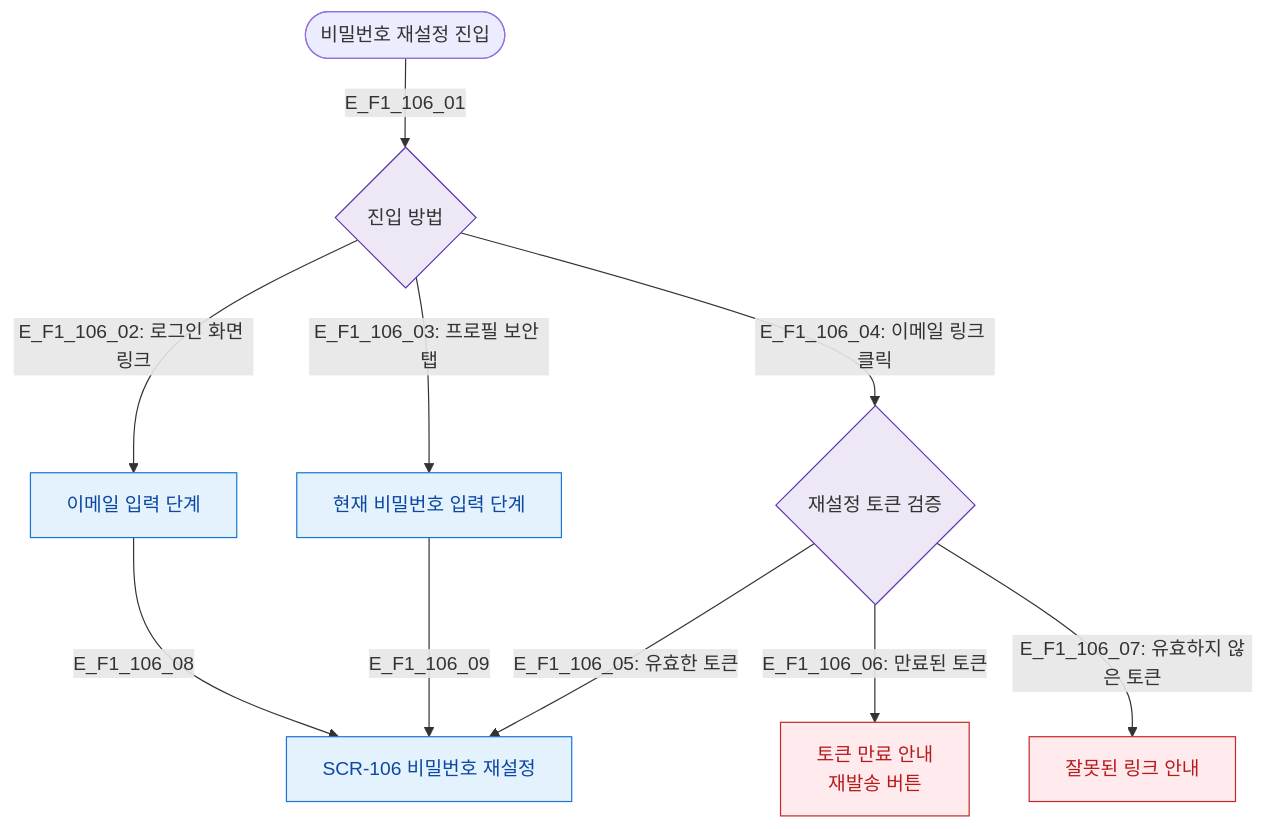
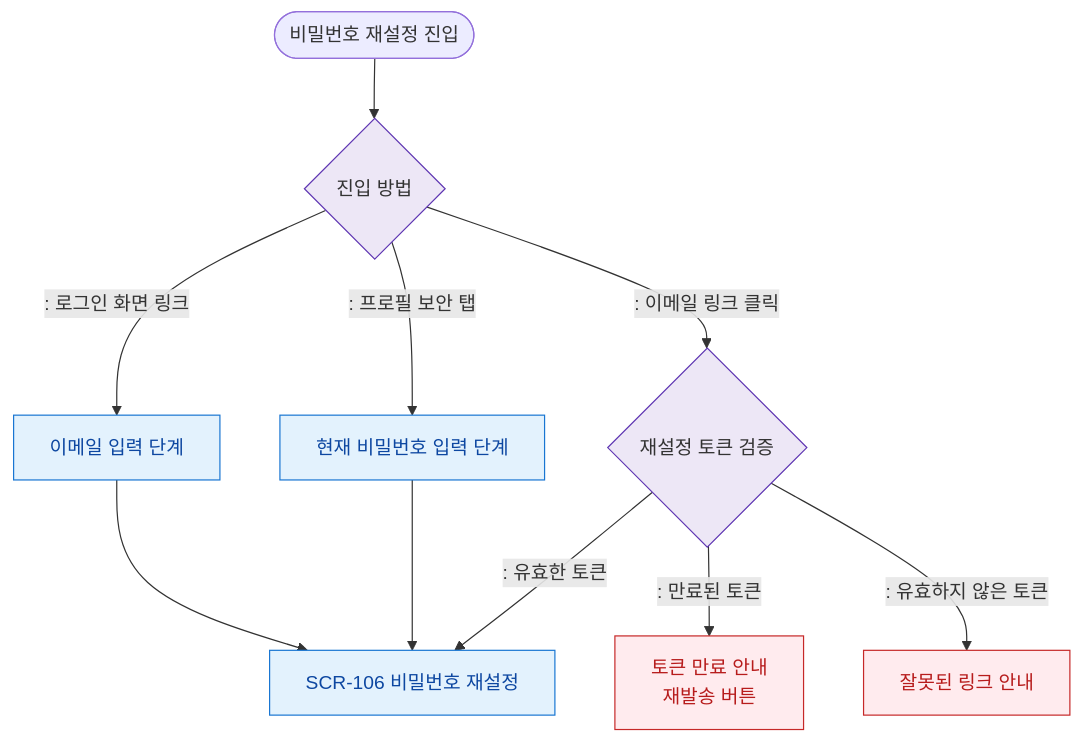
One commit to dev-spogym/admin-pando changed the diagram in docs/다이어그램/D01_공통/SCR-106_비밀번호재설정/F1_진입.md. Above: the diagram before and after it, drawn with Mermaid. The commit also changed other lines of this file and 1660 other files, not shown here.

First line of the commit message:
다이어그램: 기획자/클라이언트 납품본으로 정리

````diff
--- a/docs/다이어그램/D01_공통/SCR-106_비밀번호재설정/F1_진입.md
+++ b/docs/다이어그램/D01_공통/SCR-106_비밀번호재설정/F1_진입.md
@@ -19,22 +17,22 @@
 ```mermaid
 flowchart TD
-    TRIGGER([비밀번호 재설정 진입]) -->|E_F1_106_01| OPEN_METHOD{진입 방법}
+    TRIGGER([비밀번호 재설정 진입]) --> OPEN_METHOD{진입 방법}
 
-    OPEN_METHOD -->|"E_F1_106_02: 로그인 화면 링크"| EMAIL_STEP[이메일 입력 단계]
-    OPEN_METHOD -->|"E_F1_106_03: 프로필 보안 탭"| CURRENT_PW_STEP[현재 비밀번호 입력 단계]
-    OPEN_METHOD -->|"E_F1_106_04: 이메일 링크 클릭"| TOKEN_CHECK{재설정 토큰 검증}
+    OPEN_METHOD -->|": 로그인 화면 링크"|EMAIL_STEP[이메일 입력 단계]
+    OPEN_METHOD -->|": 프로필 보안 탭"|CURRENT_PW_STEP[현재 비밀번호 입력 단계]
+    OPEN_METHOD -->|": 이메일 링크 클릭"|TOKEN_CHECK{재설정 토큰 검증}
 
-    TOKEN_CHECK -->|"E_F1_106_05: 유효한 토큰"| SCR_106[SCR-106 비밀번호 재설정]
-    TOKEN_CHECK -->|"E_F1_106_06: 만료된 토큰"| ERR_TOKEN[토큰 만료 안내\n재발송 버튼]
-    TOKEN_CHECK -->|"E_F1_106_07: 유효하지 않은 토큰"| ERR_INVALID[잘못된 링크 안내]
+    TOKEN_CHECK -->|": 유효한 토큰"|SCR_106[SCR-106 비밀번호 재설정]
+    TOKEN_CHECK -->|": 만료된 토큰"|ERR_TOKEN[토큰 만료 안내\n재발송 버튼]
+    TOKEN_CHECK -->|": 유효하지 않은 토큰"|ERR_INVALID[잘못된 링크 안내]
 
-    EMAIL_STEP -->|E_F1_106_08| SCR_106
-    CURRENT_PW_STEP -->|E_F1_106_09| SCR_106
+    EMAIL_STEP --> SCR_106
+    CURRENT_PW_STEP --> SCR_106
 
-    classDef screen  fill:#E3F2FD,stroke:#1976D2,color:#0D47A1
-    classDef system  fill:#EDE7F6,stroke:#5E35B2
-    classDef error   fill:#FFEBEE,stroke:#C62828,color:#B71C1C
+    classDef screen fill:#E3F2FD,stroke:#1976D2,color:#0D47A1
+    classDef system fill:#EDE7F6,stroke:#5E35B2
+    classDef error fill:#FFEBEE,stroke:#C62828,color:#B71C1C
     class SCR_106,EMAIL_STEP,CURRENT_PW_STEP screen
     class OPEN_METHOD,TOKEN_CHECK system
     class ERR_TOKEN,ERR_INVALID error
 ```
````
